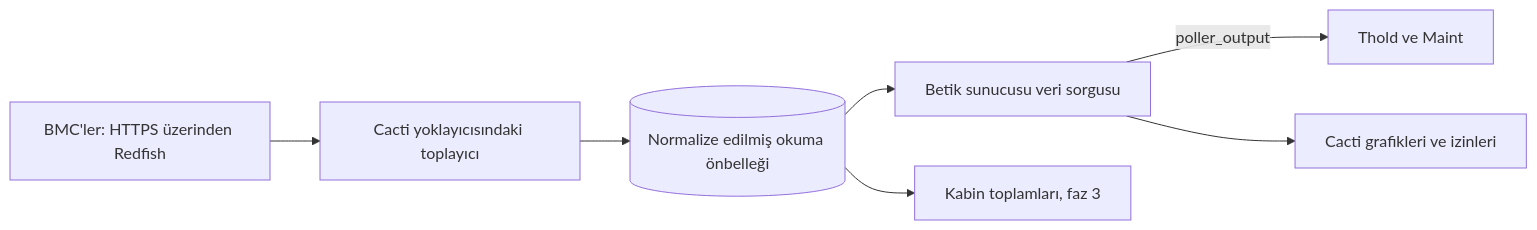
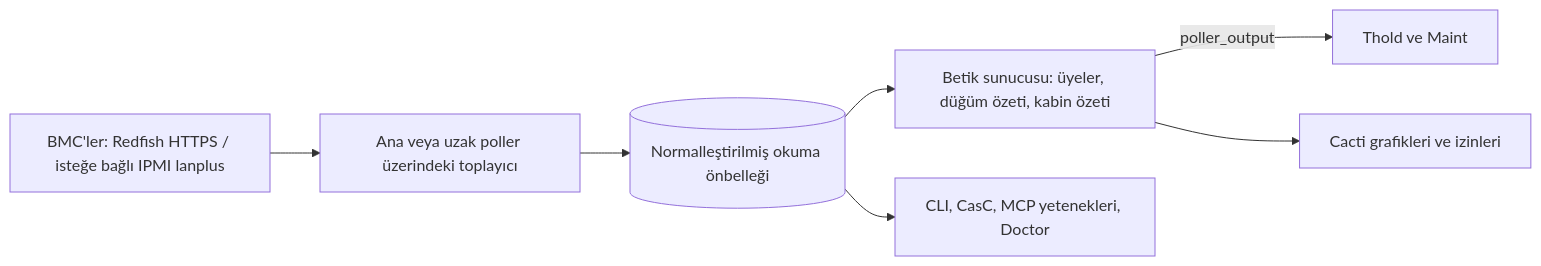
One commit to somethingwithproof/plugin_redfish changed the diagram in docs/i18n/tr-TR/README.md. Above: the diagram before and after it, drawn with Mermaid. The commit also changed other lines of this file and 47 other files, not shown here.

````diff
--- a/docs/i18n/tr-TR/README.md
+++ b/docs/i18n/tr-TR/README.md
@@ -90,9 +140,9 @@
 ```mermaid
 flowchart LR
-    BMC[BMC'ler: HTTPS üzerinden Redfish] --> C[Cacti yoklayıcısındaki toplayıcı]
-    C --> CACHE[(Normalize edilmiş okuma önbelleği)]
-    CACHE --> SS[Betik sunucusu veri sorgusu]
-    SS -->|poller_output| T[Thold ve Maint]
-    SS --> G[Cacti grafikleri ve izinleri]
-    CACHE --> R[Kabin toplamları, faz 3]
+    BMC["BMC'ler: Redfish HTTPS / isteğe bağlı IPMI lanplus"] --> C["Ana veya uzak poller üzerindeki toplayıcı"]
+    C --> CACHE[("Normalleştirilmiş okuma önbelleği")]
+    CACHE --> SS["Betik sunucusu: üyeler, düğüm özeti, kabin özeti"]
+    SS -->|poller_output| T["Thold ve Maint"]
+    SS --> G["Cacti grafikleri ve izinleri"]
+    CACHE --> ECO["CLI, CasC, MCP yetenekleri, Doctor"]
 ```
````
